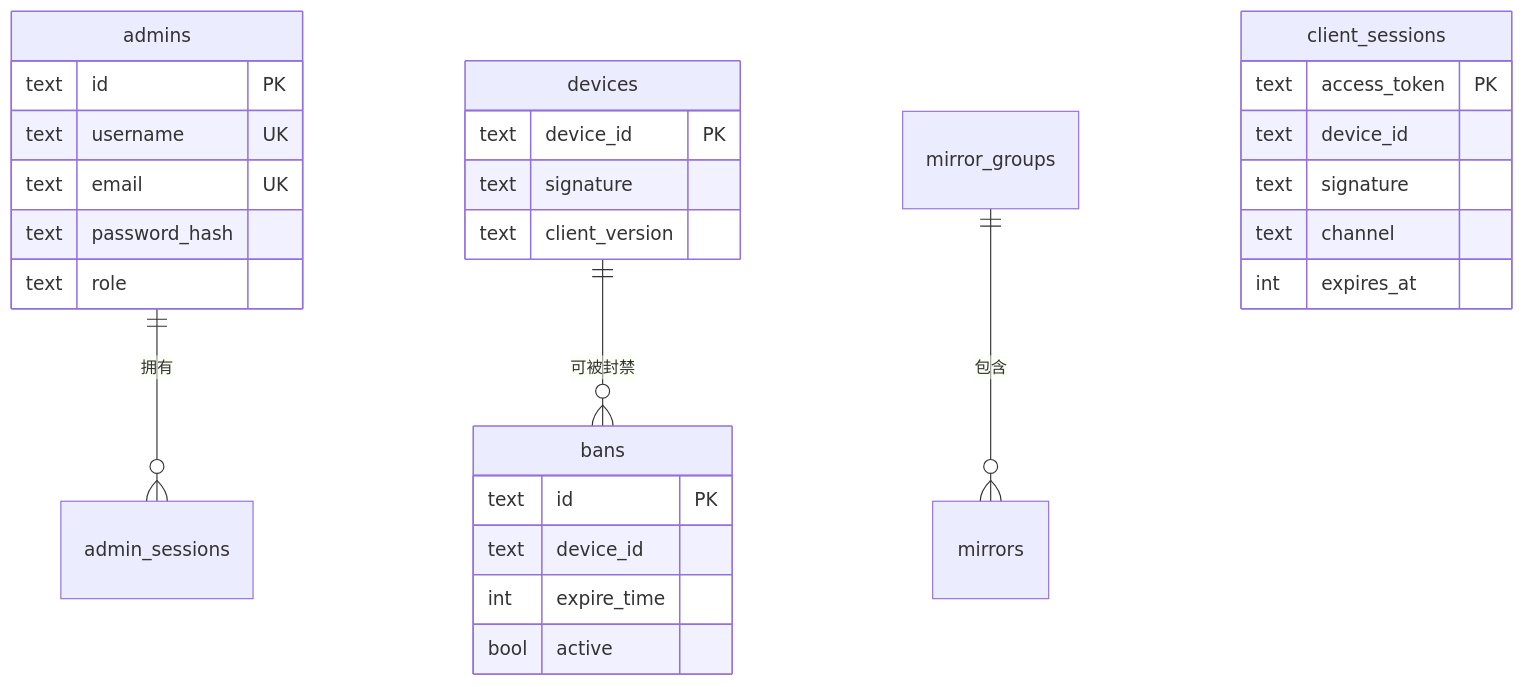
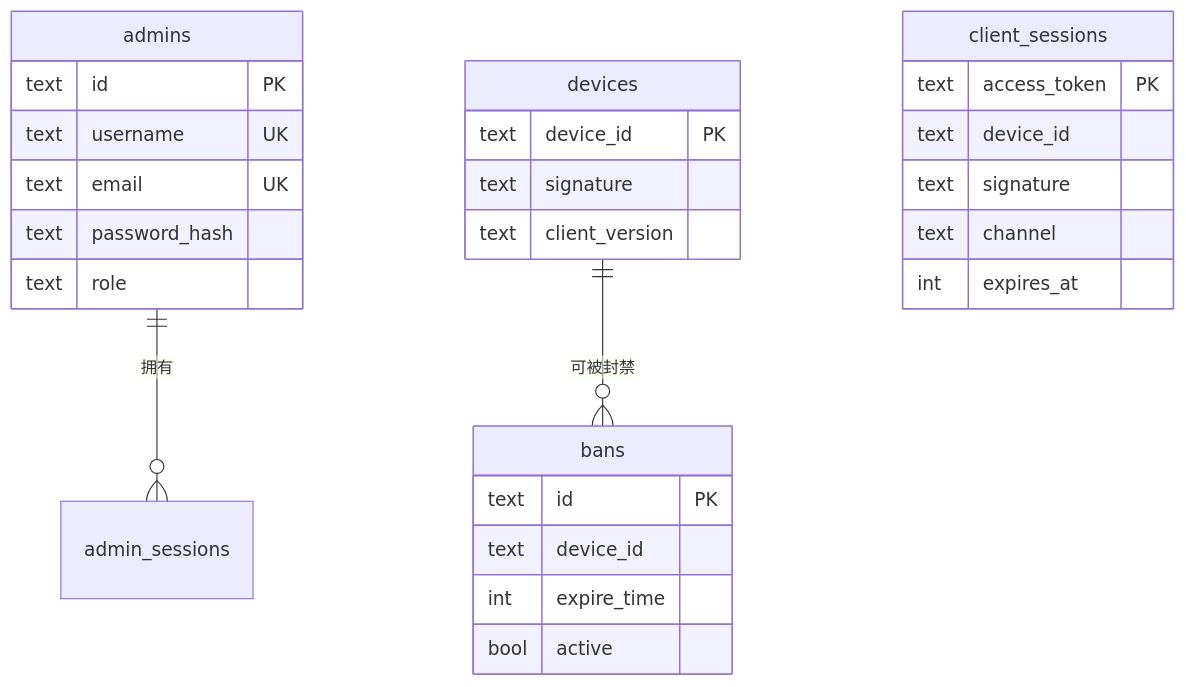
The diagram in server/data-model.md (MagirecoCN-Revival-Project/magireco-cnv-docs), drawn with Mermaid before and after one commit. The commit also changed other lines of this file and 25 other files, not shown here.

````diff
--- a/server/data-model.md
+++ b/server/data-model.md
@@ -18,32 +18,31 @@
 ```mermaid
 erDiagram
     admins ||--o{ admin_sessions : "拥有"
     devices ||--o{ bans : "可被封禁"
-    mirror_groups ||--o{ mirrors : "包含"
 
     admins {
         text id PK
         text username UK
         text email UK
         text password_hash
         text role
     }
     client_sessions {
         text access_token PK
         text device_id
         text signature
         text channel
         int  expires_at
     }
     devices {
         text device_id PK
         text signature
         text client_version
     }
     bans {
         text id PK
         text device_id
         int  expire_time
         bool active
     }
 ```
````
